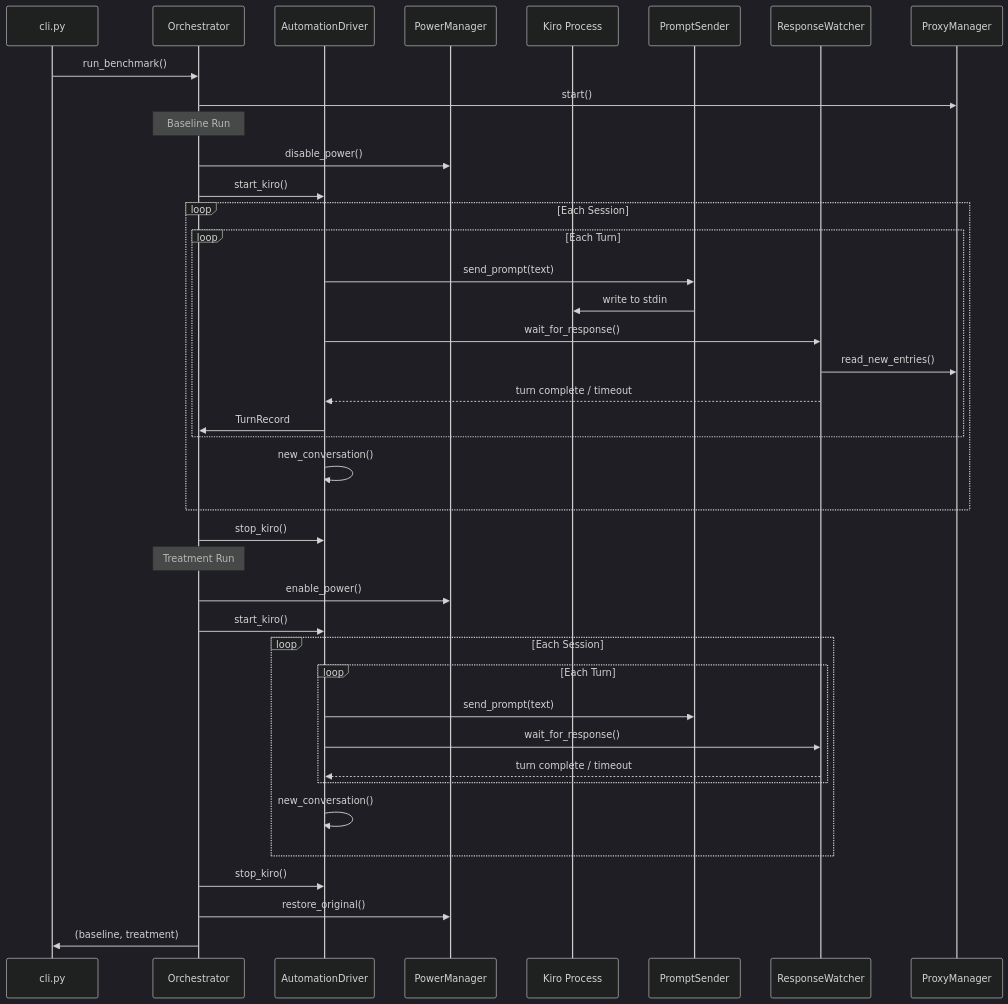
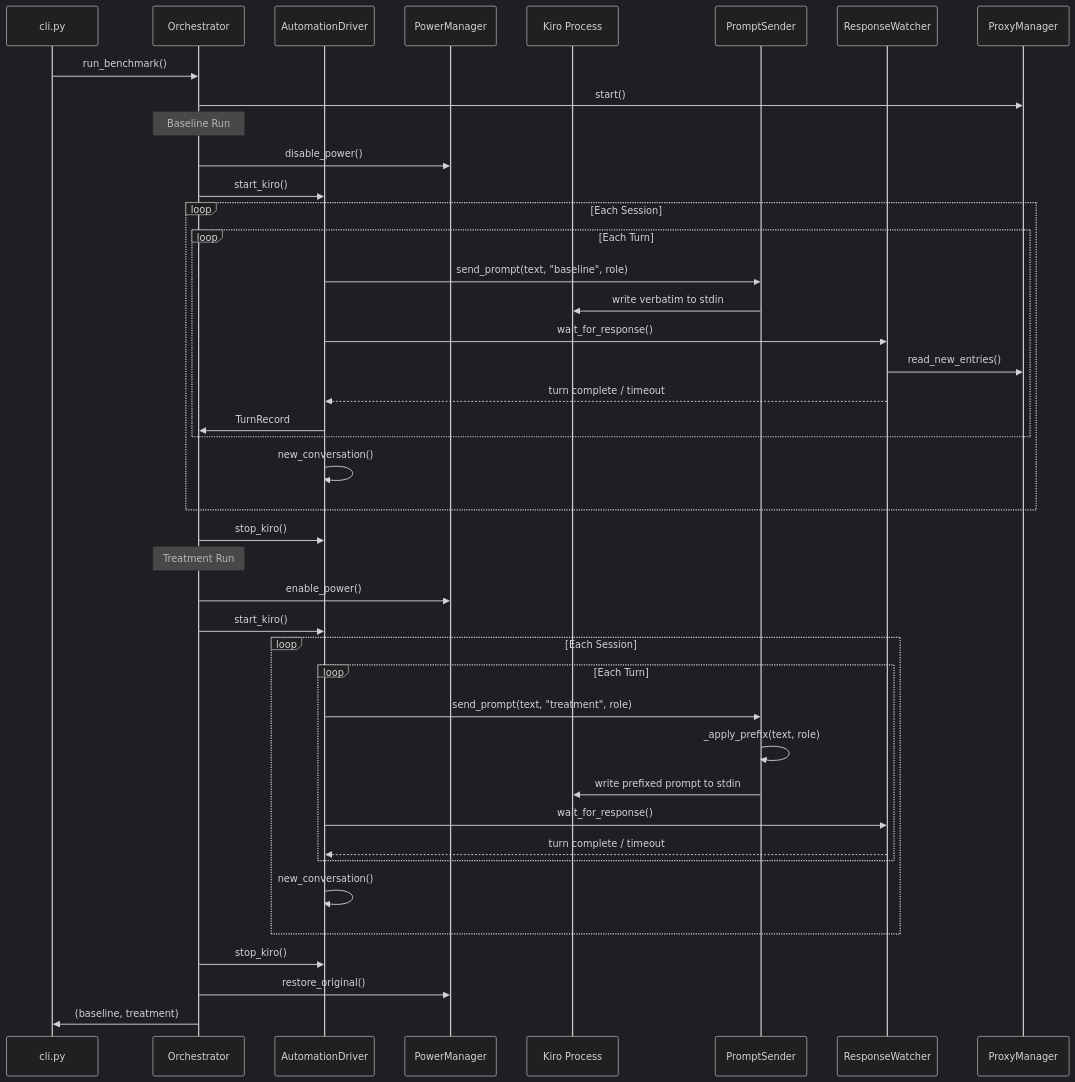
One commit to emi-a-dinh/KiroHacks changed the second of 2 diagrams in .kiro/specs/automated-benchmark-testing/design.md. Above: the diagram before and after it, drawn with Mermaid (dark theme). The commit also changed other lines of this file and 2 other files, not shown here.

Commit message:
docs: add treatment prompt prefixing to benchmark spec

````diff
--- a/.kiro/specs/automated-benchmark-testing/design.md
+++ b/.kiro/specs/automated-benchmark-testing/design.md
@@ -46,46 +48,48 @@
 ```mermaid
 sequenceDiagram
     participant CLI as cli.py
     participant O as Orchestrator
     participant AD as AutomationDriver
     participant PM as PowerManager
     participant KP as Kiro Process
     participant PS as PromptSender
     participant RW as ResponseWatcher
     participant PX as ProxyManager
 
     CLI->>O: run_benchmark()
     O->>PX: start()
     
     Note over O: Baseline Run
     O->>PM: disable_power()
     O->>AD: start_kiro()
     loop Each Session
         loop Each Turn
-            AD->>PS: send_prompt(text)
-            PS->>KP: write to stdin
+            AD->>PS: send_prompt(text, "baseline", role)
+            PS->>KP: write verbatim to stdin
             AD->>RW: wait_for_response()
             RW->>PX: read_new_entries()
             RW-->>AD: turn complete / timeout
             AD->>O: TurnRecord
         end
         AD->>AD: new_conversation()
     end
     O->>AD: stop_kiro()
     
     Note over O: Treatment Run
     O->>PM: enable_power()
     O->>AD: start_kiro()
     loop Each Session
         loop Each Turn
-            AD->>PS: send_prompt(text)
+            AD->>PS: send_prompt(text, "treatment", role)
+            PS->>PS: _apply_prefix(text, role)
+            PS->>KP: write prefixed prompt to stdin
             AD->>RW: wait_for_response()
             RW-->>AD: turn complete / timeout
         end
         AD->>AD: new_conversation()
     end
     O->>AD: stop_kiro()
     O->>PM: restore_original()
     
     O->>CLI: (baseline, treatment)
 ```
````
